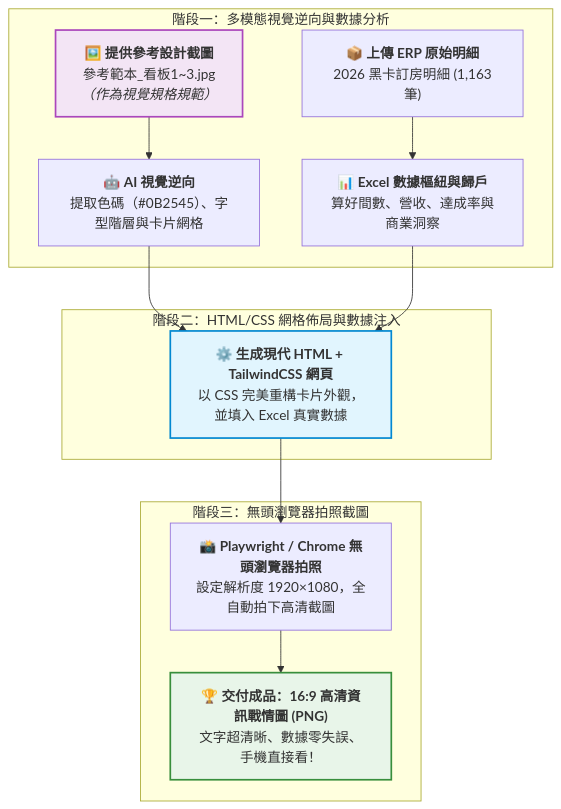
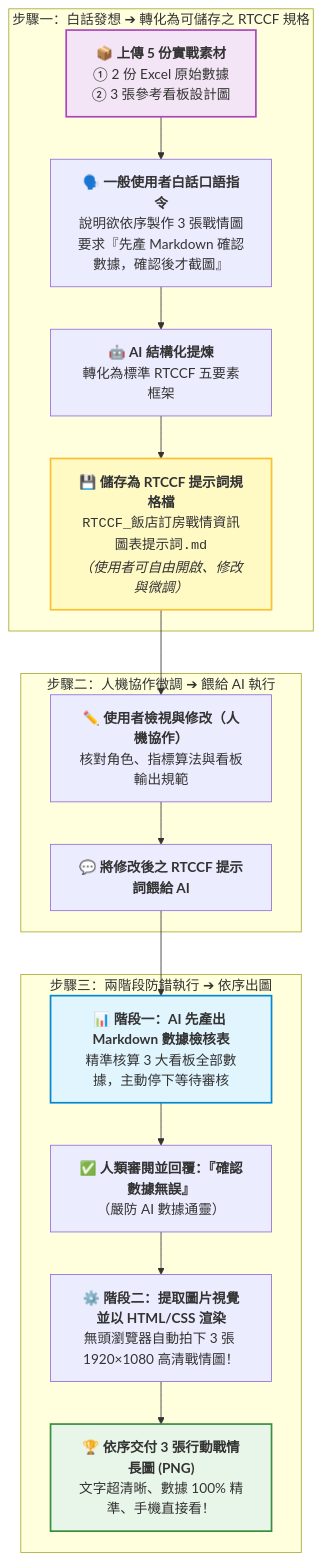
The diagram in 常見的AI應用/實戰範例/飯店訂房戰情資訊圖表自動化/README.md (roberthsu2003/workflow-productivity), drawn with Mermaid before and after one commit. The commit also changed other lines of this file and 5 other files, not shown here.

````diff
--- a/常見的AI應用/實戰範例/飯店訂房戰情資訊圖表自動化/README.md
+++ b/常見的AI應用/實戰範例/飯店訂房戰情資訊圖表自動化/README.md
@@ -70,21 +70,25 @@
 ```mermaid
 flowchart TD
-    subgraph S1 ["階段一：多模態視覺逆向與數據分析"]
-        RefImg["🖼️ <b>提供參考設計截圖</b><br/>參考範本_看板1~3.jpg<br/><i>（作為視覺規格規範）</i>"] --> AI_Vision["🤖 <b>AI 視覺逆向</b><br/>提取色碼（#0B2545）、字型階層與卡片網格"]
-        ExcelData["📦 <b>上傳 ERP 原始明細</b><br/>2026 黑卡訂房明細 (1,163筆)"] --> AI_Data["📊 <b>Excel 數據樞紐與歸戶</b><br/>算好間數、營收、達成率與商業洞察"]
+    subgraph S1 ["步驟一：白話發想 ➔ 轉化為可儲存之 RTCCF 規格"]
+        Upload["📦 <b>上傳 5 份實戰素材</b><br/>① 2 份 Excel 原始數據<br/>② 3 張參考看板設計圖"] --> HumanMsg["🗣️ <b>一般使用者白話口語指令</b><br/>說明欲依序製作 3 張戰情圖<br/>要求『先產 Markdown 確認數據，確認後才截圖』"]
+        HumanMsg --> AIRTCCF["🤖 <b>AI 結構化提煉</b><br/>轉化為標準 RTCCF 五要素框架"]
+        AIRTCCF --> SavePrompt["💾 <b>儲存為 RTCCF 提示詞規格檔</b><br/><code>RTCCF_飯店訂房戰情資訊圖表提示詞.md</code><br/><i>（使用者可自由開啟、修改與微調）</i>"]
     end
 
-    subgraph S2 ["階段二：HTML/CSS 網格佈局與數據注入"]
-        AI_Vision --> HTML_Engine["⚙️ <b>生成現代 HTML + TailwindCSS 網頁</b><br/>以 CSS 完美重構卡片外觀，並填入 Excel 真實數據"]
-        AI_Data --> HTML_Engine
+    subgraph S2 ["步驟二：人機協作微調 ➔ 餵給 AI 執行"]
+        SavePrompt --> HumanCheck["✏️ <b>使用者檢視與修改（人機協作）</b><br/>核對角色、指標算法與看板輸出規範"]
+        HumanCheck --> FeedAI["💬 <b>將修改後之 RTCCF 提示詞餵給 AI</b>"]
     end
 
-    subgraph S3 ["階段三：無頭瀏覽器拍照截圖"]
-        HTML_Engine --> HeadlessShot["📸 <b>Playwright / Chrome 無頭瀏覽器拍照</b><br/>設定解析度 1920×1080，全自動拍下高清截圖"]
-        HeadlessShot --> FinalPNG["🏆 <b>交付成品：16:9 高清資訊戰情圖 (PNG)</b><br/>文字超清晰、數據零失誤、手機直接看！"]
+    subgraph S3 ["步驟三：兩階段防錯執行 ➔ 依序出圖"]
+        FeedAI --> StepData["📊 <b>階段一：AI 先產出 Markdown 數據檢核表</b><br/>精準核算 3 大看板全部數據，主動停下等待審核"]
+        StepData --> CheckOK["✅ <b>人類審閱並回覆：『確認數據無誤』</b><br/>（嚴防 AI 數據通靈）"]
+        CheckOK --> StepRender["⚙️ <b>階段二：提取圖片視覺並以 HTML/CSS 渲染</b><br/>無頭瀏覽器自動拍下 3 張 1920×1080 高清戰情圖！"]
+        StepRender --> FinalPNG["🏆 <b>依序交付 3 張行動戰情長圖 (PNG)</b><br/>文字超清晰、數據 100% 精準、手機直接看！"]
     end
 
-    style RefImg fill:#f3e5f5,stroke:#ab47bc,stroke-width:2px
-    style HTML_Engine fill:#e1f5fe,stroke:#0288d1,stroke-width:2px
+    style Upload fill:#f3e5f5,stroke:#ab47bc,stroke-width:2px
+    style SavePrompt fill:#fff9c4,stroke:#fbc02d,stroke-width:2px
+    style StepData fill:#e1f5fe,stroke:#0288d1,stroke-width:2px
     style FinalPNG fill:#e8f5e9,stroke:#388e3c,stroke-width:2px
 ```
````
